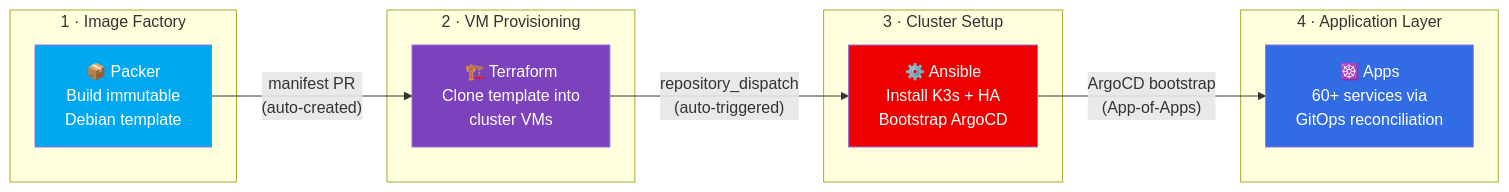
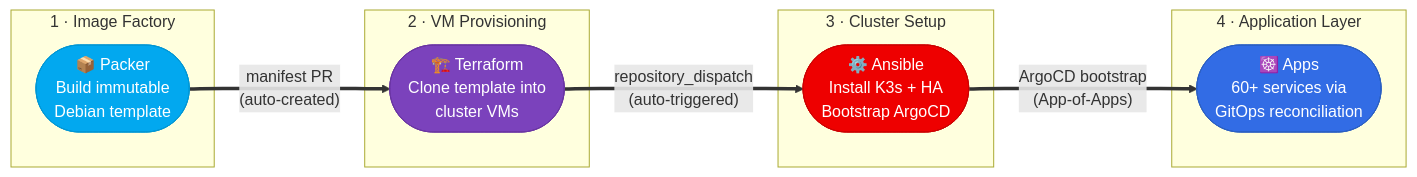
The first of 2 diagrams in profile/README.md (Starktastic-Homelab/.github), drawn with Mermaid before and after one commit. The commit also changed other lines of this file, not shown here.

Commit message:
docs: prettify Mermaid diagrams with semantic shapes and visual hierarchy

````diff
--- a/profile/README.md
+++ b/profile/README.md
@@ -32,27 +32,31 @@
 ```mermaid
 flowchart LR
-    subgraph "1 · Image Factory"
-        P["📦 Packer\nBuild immutable\nDebian template"]
+    subgraph s1["1 · Image Factory"]
+        P(["📦 Packer\nBuild immutable\nDebian template"])
     end
 
-    subgraph "2 · VM Provisioning"
-        T["🏗️ Terraform\nClone template into\ncluster VMs"]
+    subgraph s2["2 · VM Provisioning"]
+        T(["🏗️ Terraform\nClone template into\ncluster VMs"])
     end
 
-    subgraph "3 · Cluster Setup"
-        A["⚙️ Ansible\nInstall K3s + HA\nBootstrap ArgoCD"]
+    subgraph s3["3 · Cluster Setup"]
+        A(["⚙️ Ansible\nInstall K3s + HA\nBootstrap ArgoCD"])
     end
 
-    subgraph "4 · Application Layer"
-        K["☸️ Apps\n60+ services via\nGitOps reconciliation"]
+    subgraph s4["4 · Application Layer"]
+        K(["☸️ Apps\n60+ services via\nGitOps reconciliation"])
     end
 
-    P -->|"manifest PR\n(auto-created)"| T
-    T -->|"repository_dispatch\n(auto-triggered)"| A
-    A -->|"ArgoCD bootstrap\n(App-of-Apps)"| K
+    P ==>|"manifest PR\n(auto-created)"| T
+    T ==>|"repository_dispatch\n(auto-triggered)"| A
+    A ==>|"ArgoCD bootstrap\n(App-of-Apps)"| K
 
-    style P fill:#02A8EF,color:#fff
-    style T fill:#7B42BC,color:#fff
-    style A fill:#EE0000,color:#fff
-    style K fill:#326CE5,color:#fff
+    classDef packer fill:#02A8EF,stroke:#0196D4,color:#fff
+    classDef terraform fill:#7B42BC,stroke:#6A35A3,color:#fff
+    classDef ansible fill:#EE0000,stroke:#CC0000,color:#fff
+    classDef apps fill:#326CE5,stroke:#2B5FC2,color:#fff
+    class P packer
+    class T terraform
+    class A ansible
+    class K apps
 ```
````
